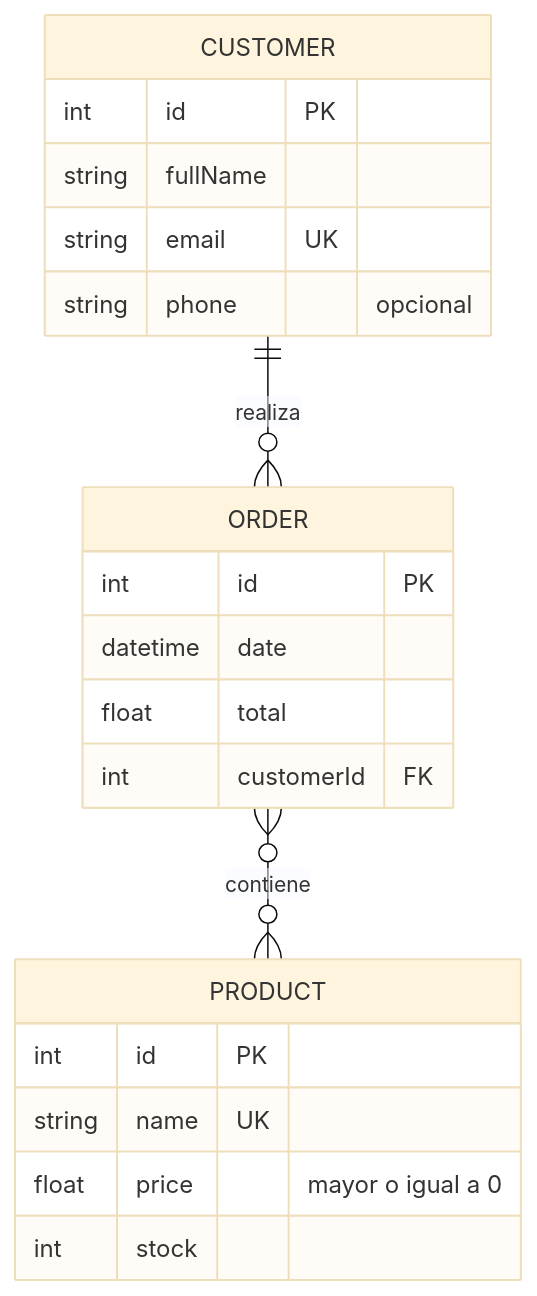
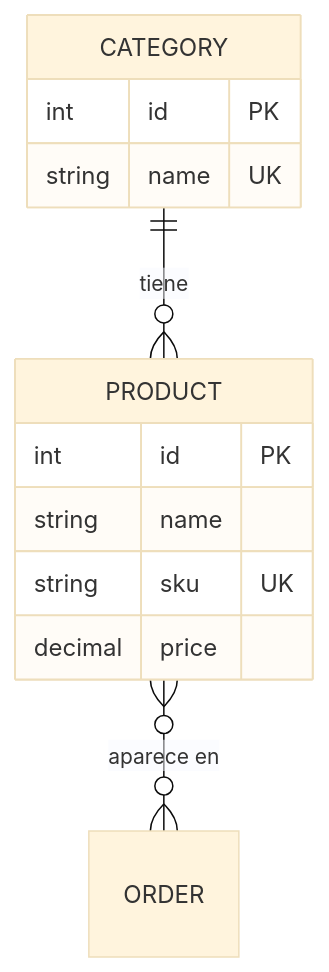
One commit to valemiii/Lab1_Mini_API changed the diagram in MODELO_ER.md. Above: the diagram before and after it, drawn with Mermaid (base theme). The commit also changed other lines of this file, not shown here.

Commit message:
Modify ER model for Grupo G1 and entity details
Updated the ER model to reflect changes in group designation and entity attributes.

````diff
--- a/MODELO_ER.md
+++ b/MODELO_ER.md
@@ -9,23 +8,20 @@
 ```mermaid
 erDiagram
-    CUSTOMER ||--o{ ORDER : realiza
-    ORDER }o--o{ PRODUCT : contiene
-    CUSTOMER {
+    CATEGORY ||--o{ PRODUCT : tiene
+    PRODUCT }o--o{ ORDER : "aparece en"
+
+    CATEGORY {
         int id PK
-        string fullName
-        string email UK
-        string phone "opcional"
+        string name UK
     }
-    ORDER {
-        int id PK
-        datetime date
-        float total
-        int customerId FK
-    }
+
     PRODUCT {
         int id PK
-        string name UK
-        float price "mayor o igual a 0"
-        int stock
+        string name
+        string sku UK
+        decimal price
+    }
+
+    ORDER {
     }
 ```
````
